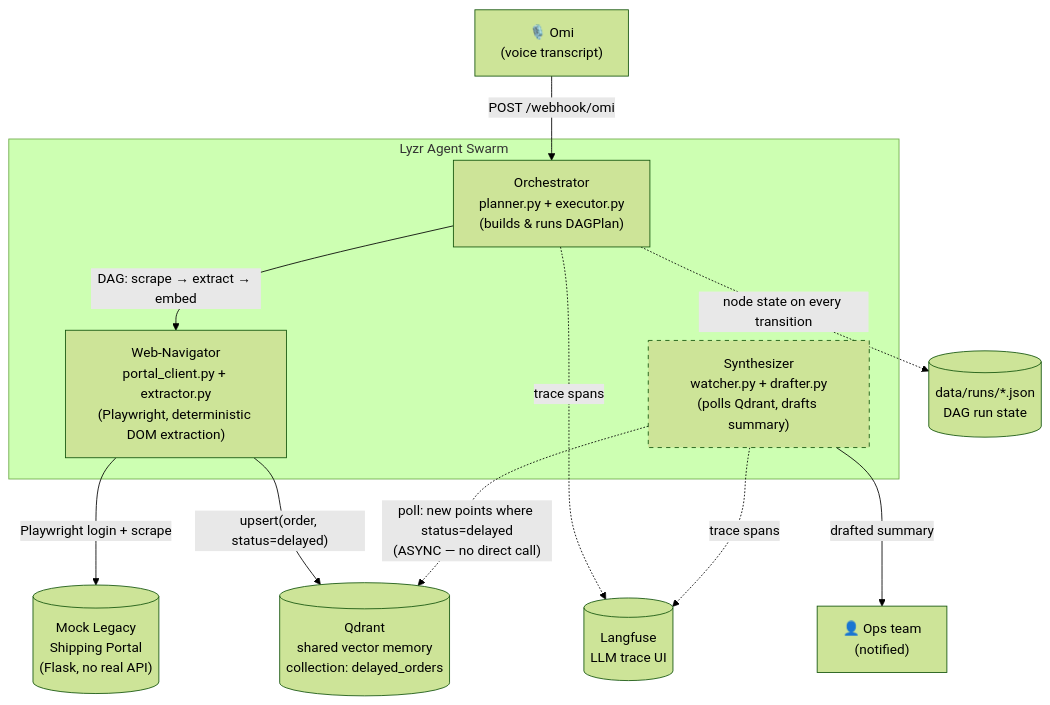
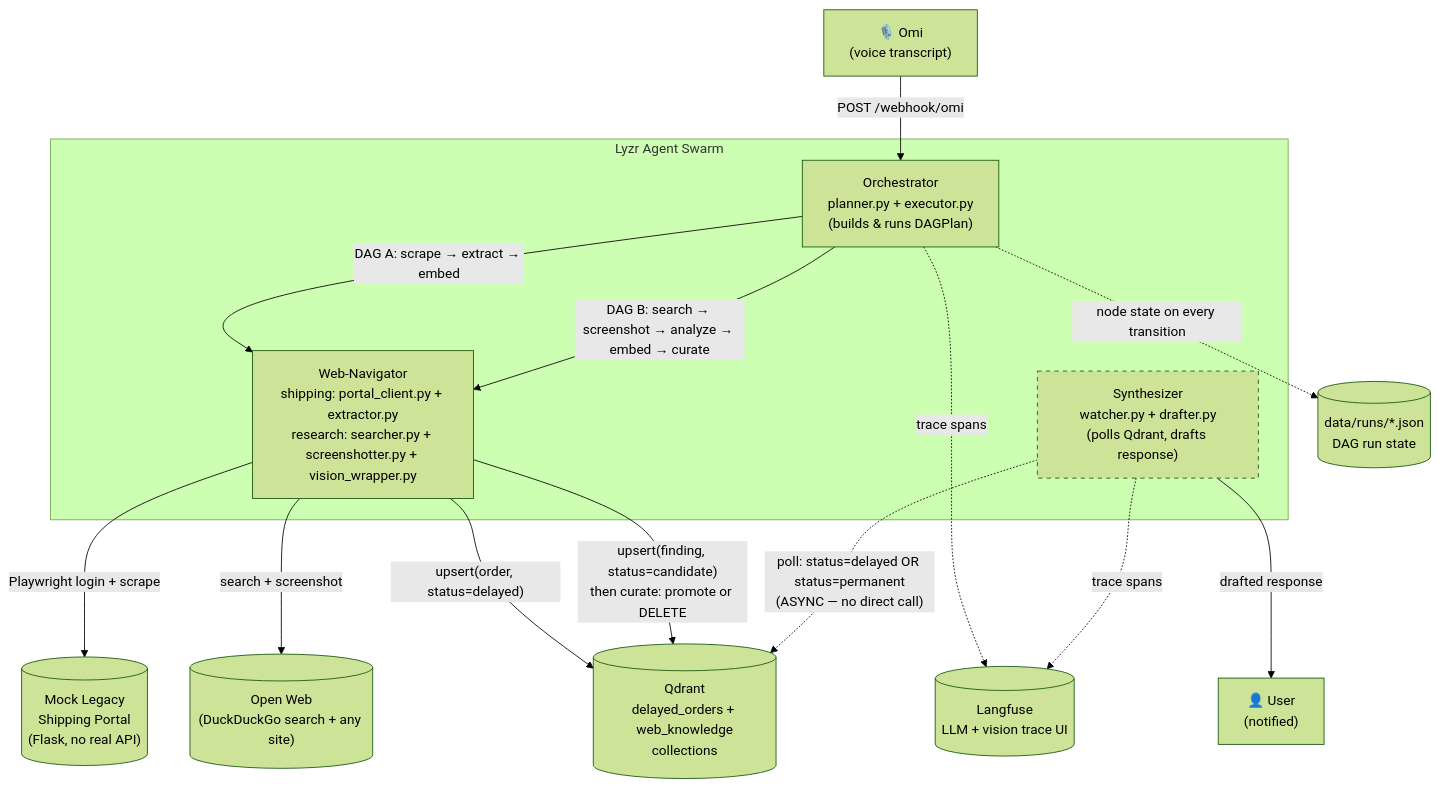
One commit to Oruwe/Synthetic.API changed the diagram in docs/architecture.mmd. Above: the diagram before and after it, drawn with Mermaid (forest theme). The commit also changed 33 other files, not shown here.

```diff
--- a/docs/architecture.mmd
+++ b/docs/architecture.mmd
@@ -1,27 +1,31 @@
 flowchart TD
     Omi["🎙️ Omi\n(voice transcript)"] -->|POST /webhook/omi| Orchestrator
 
     subgraph Lyzr Agent Swarm
         Orchestrator["Orchestrator\nplanner.py + executor.py\n(builds & runs DAGPlan)"]
-        WebNav["Web-Navigator\nportal_client.py + extractor.py\n(Playwright, deterministic DOM extraction)"]
-        Synth["Synthesizer\nwatcher.py + drafter.py\n(polls Qdrant, drafts summary)"]
+        WebNav["Web-Navigator\nshipping: portal_client.py + extractor.py\nresearch: searcher.py + screenshotter.py + vision_wrapper.py"]
+        Synth["Synthesizer\nwatcher.py + drafter.py\n(polls Qdrant, drafts response)"]
     end
 
     Portal[("Mock Legacy\nShipping Portal\n(Flask, no real API)")]
-    Qdrant[("Qdrant\nshared vector memory\ncollection: delayed_orders")]
-    Langfuse[("Langfuse\nLLM trace UI")]
+    OpenWeb[("Open Web\n(DuckDuckGo search + any site)")]
+    Qdrant[("Qdrant\ndelayed_orders + web_knowledge\ncollections")]
+    Langfuse[("Langfuse\nLLM + vision trace UI")]
     RunStore[("data/runs/*.json\nDAG run state")]
-    User["👤 Ops team\n(notified)"]
+    User["👤 User\n(notified)"]
 
-    Orchestrator -->|DAG: scrape → extract → embed| WebNav
+    Orchestrator -->|"DAG A: scrape → extract → embed"| WebNav
+    Orchestrator -->|"DAG B: search → screenshot → analyze → embed → curate"| WebNav
     WebNav -->|Playwright login + scrape| Portal
+    WebNav -->|search + screenshot| OpenWeb
     WebNav -->|"upsert(order, status=delayed)"| Qdrant
-    Synth -.->|"poll: new points where status=delayed\n(ASYNC — no direct call)"| Qdrant
-    Synth -->|drafted summary| User
+    WebNav -->|"upsert(finding, status=candidate)\nthen curate: promote or DELETE"| Qdrant
+    Synth -.->|"poll: status=delayed OR status=permanent\n(ASYNC — no direct call)"| Qdrant
+    Synth -->|drafted response| User
 
     Orchestrator -.->|node state on every transition| RunStore
     Orchestrator -.->|trace spans| Langfuse
     Synth -.->|trace spans| Langfuse
 
     classDef async stroke-dasharray: 5 5;
     class Synth async;
```
